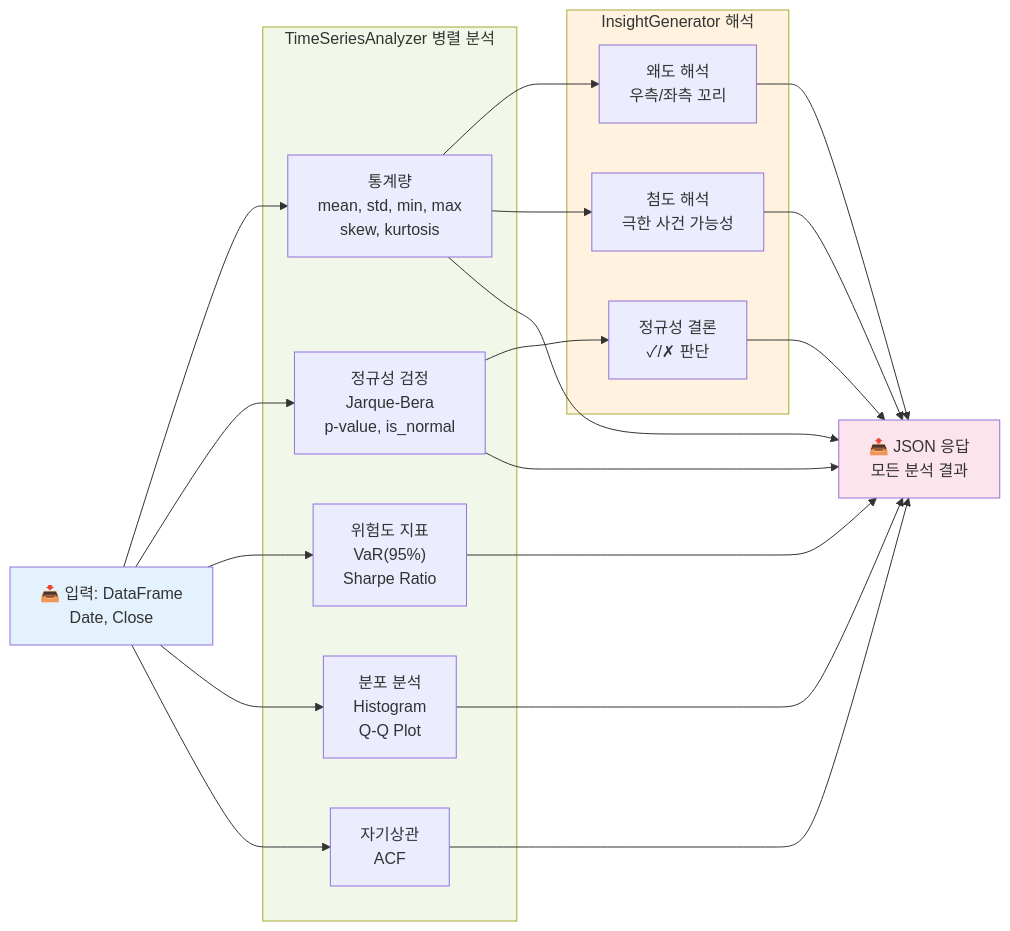
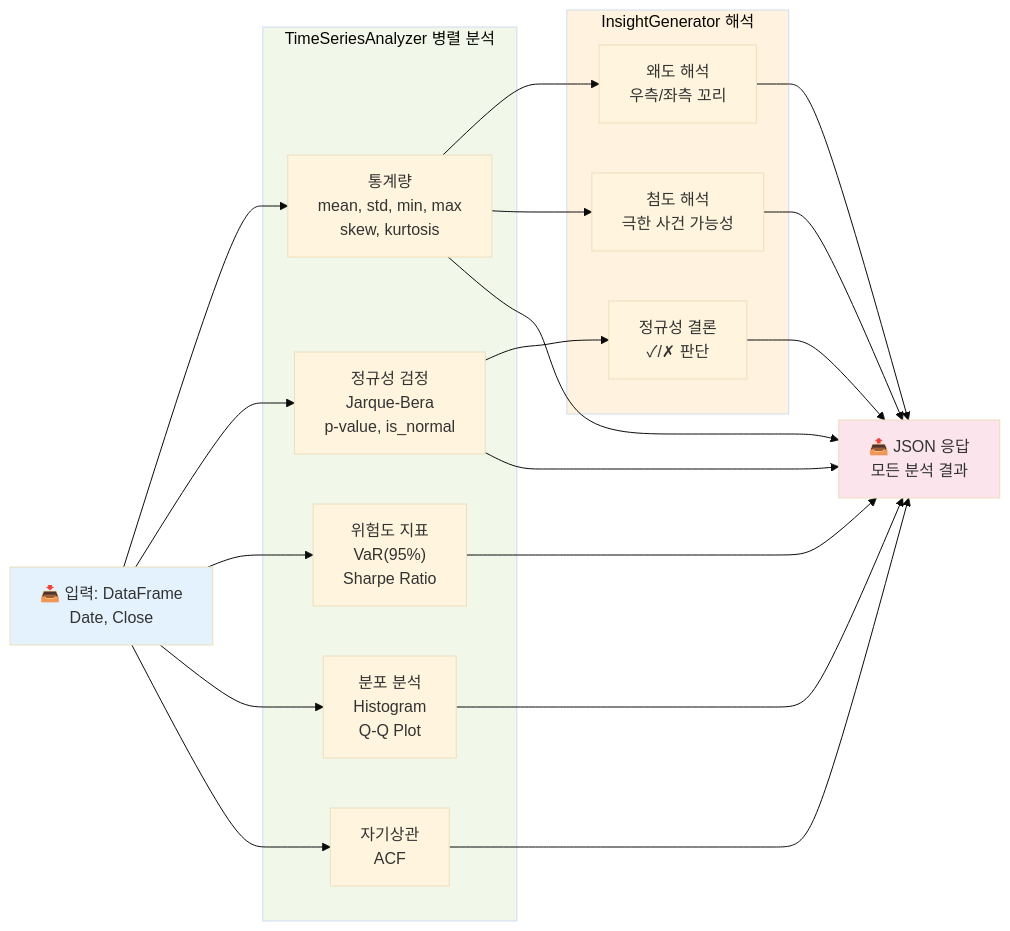
Before and after one commit to trotz4210/Quant_Finance_Lab: the third of 3 diagrams in README.md, drawn with Mermaid. The commit also changed other lines of this file, not shown here.

````diff
--- a/README.md
+++ b/README.md
@@ -112,44 +114,45 @@
 ```mermaid
+%%{init: {'theme': 'base', 'securityLevel': 'loose'}}%%
 graph LR
     Input["📥 입력: DataFrame<br/>Date, Close"]
     
     subgraph Analysis["TimeSeriesAnalyzer 병렬 분석"]
         S1["통계량<br/>mean, std, min, max<br/>skew, kurtosis"]
         S2["정규성 검정<br/>Jarque-Bera<br/>p-value, is_normal"]
         S3["위험도 지표<br/>VaR(95%)<br/>Sharpe Ratio"]
         S4["분포 분석<br/>Histogram<br/>Q-Q Plot"]
         S5["자기상관<br/>ACF"]
     end
     
     subgraph Insights["InsightGenerator 해석"]
         I1["왜도 해석<br/>우측/좌측 꼬리"]
         I2["첨도 해석<br/>극한 사건 가능성"]
         I3["정규성 결론<br/>✓/✗ 판단"]
     end
     
     Output["📤 JSON 응답<br/>모든 분석 결과"]
     
     Input --> S1
     Input --> S2
     Input --> S3
     Input --> S4
     Input --> S5
     
     S1 --> I1
     S1 --> I2
     S2 --> I3
     
     S1 --> Output
     S2 --> Output
     S3 --> Output
     S4 --> Output
     S5 --> Output
     I1 --> Output
     I2 --> Output
     I3 --> Output
     
     style Input fill:#e3f2fd
     style Analysis fill:#f1f8e9
     style Insights fill:#fff3e0
     style Output fill:#fce4ec
 ```
````
